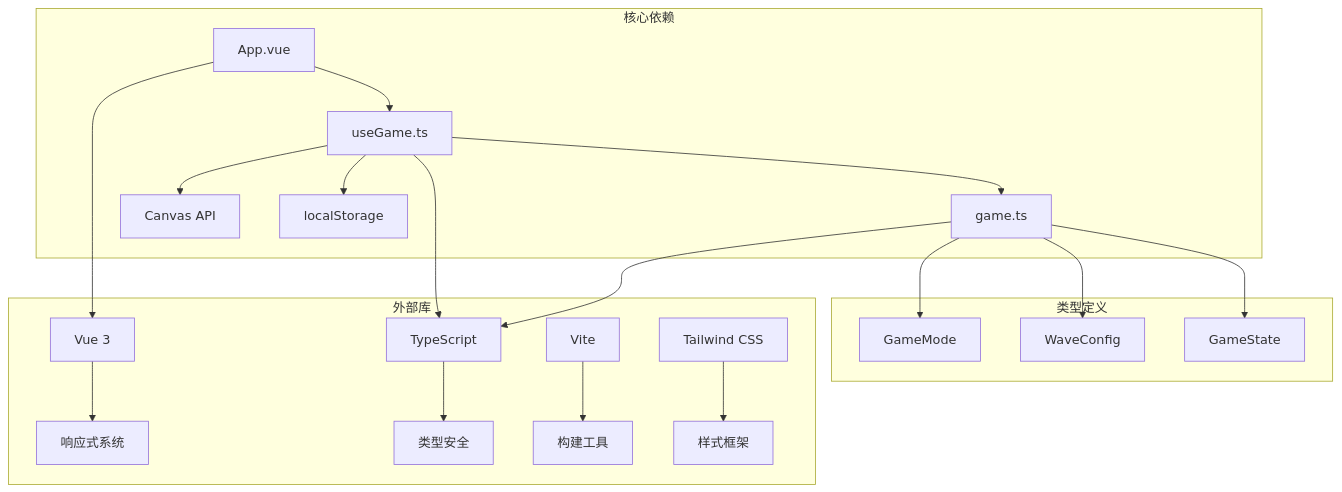
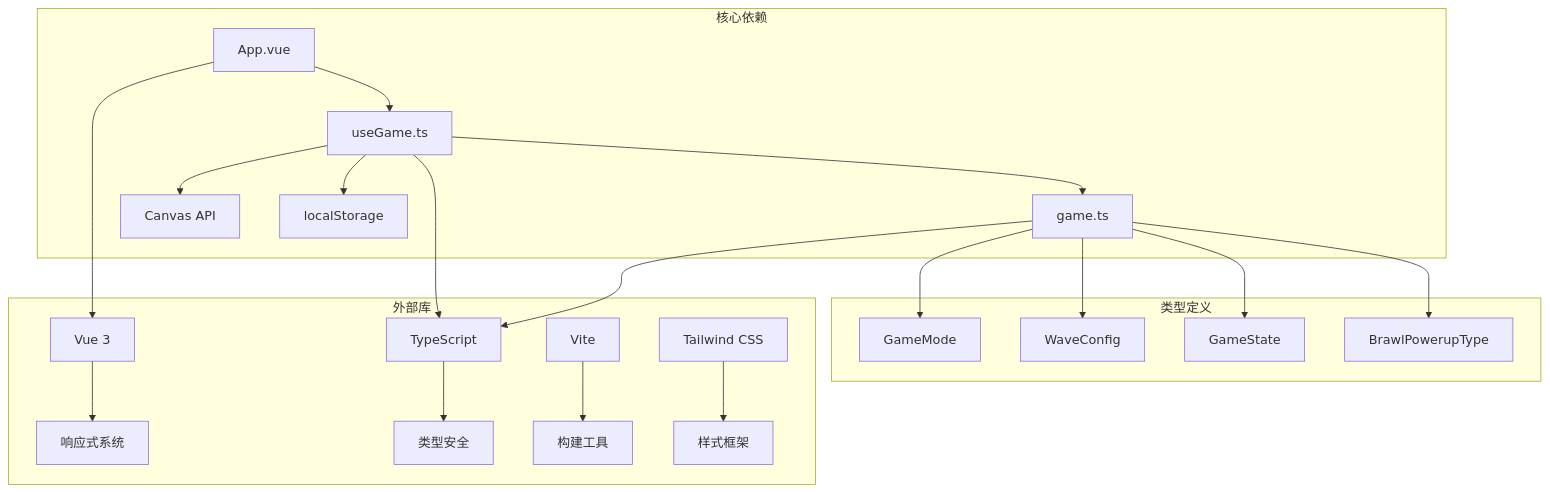
The tenth of 10 diagrams in .qoder/repowiki/zh/content/游戏机制/游戏模式系统.md (mrancc/reimagined-journey), drawn with Mermaid before and after one commit. The commit also changed other lines of this file and 8 other files, not shown here.

````diff
--- a/.qoder/repowiki/zh/content/游戏机制/游戏模式系统.md
+++ b/.qoder/repowiki/zh/content/游戏机制/游戏模式系统.md
@@ -417,23 +568,24 @@
 ```mermaid
 graph TB
 subgraph "核心依赖"
 A[App.vue] --> B[useGame.ts]
 B --> C[game.ts]
 B --> D[Canvas API]
 B --> E[localStorage]
 end
 subgraph "类型定义"
 C --> F[GameMode]
 C --> G[WaveConfig]
 C --> H[GameState]
+C --> I[BrawlPowerupType]
 end
 subgraph "外部库"
-I[Vue 3] --> J[响应式系统]
-K[TypeScript] --> L[类型安全]
-M[Vite] --> N[构建工具]
-O[Tailwind CSS] --> P[样式框架]
+J[Vue 3] --> K[响应式系统]
+L[TypeScript] --> M[类型安全]
+N[Vite] --> O[构建工具]
+P[Tailwind CSS] --> Q[样式框架]
 end
-A --> I
-B --> K
-C --> K
+A --> J
+B --> L
+C --> L
 ```
````
